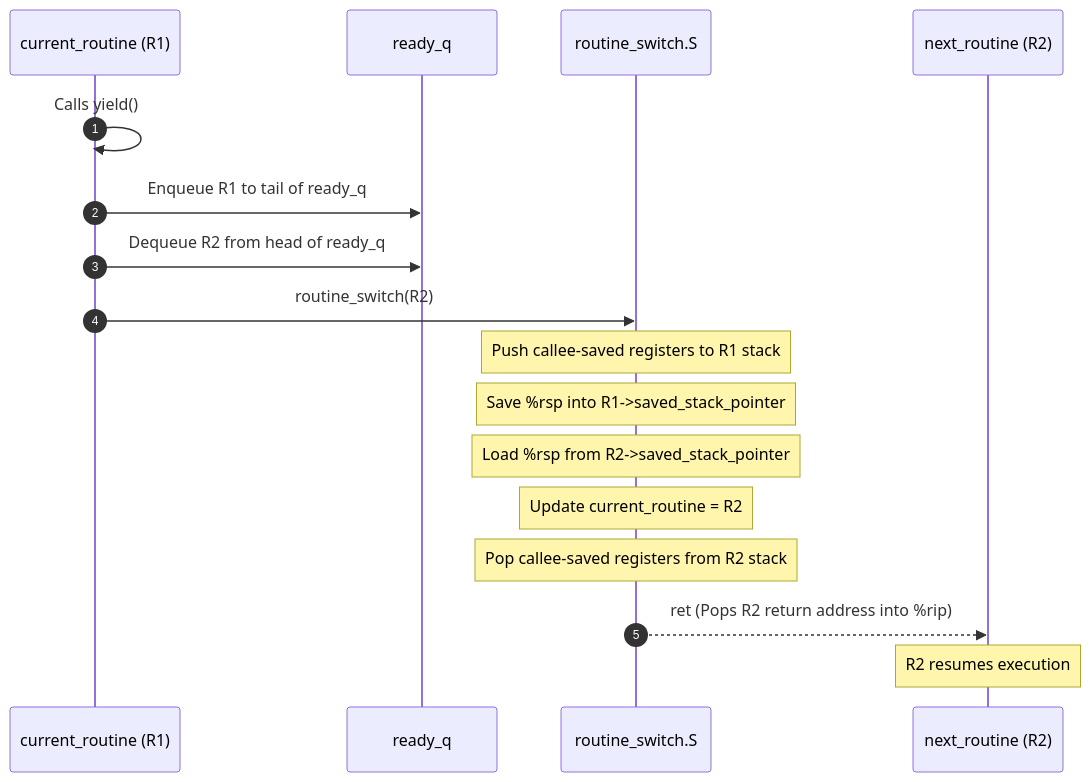
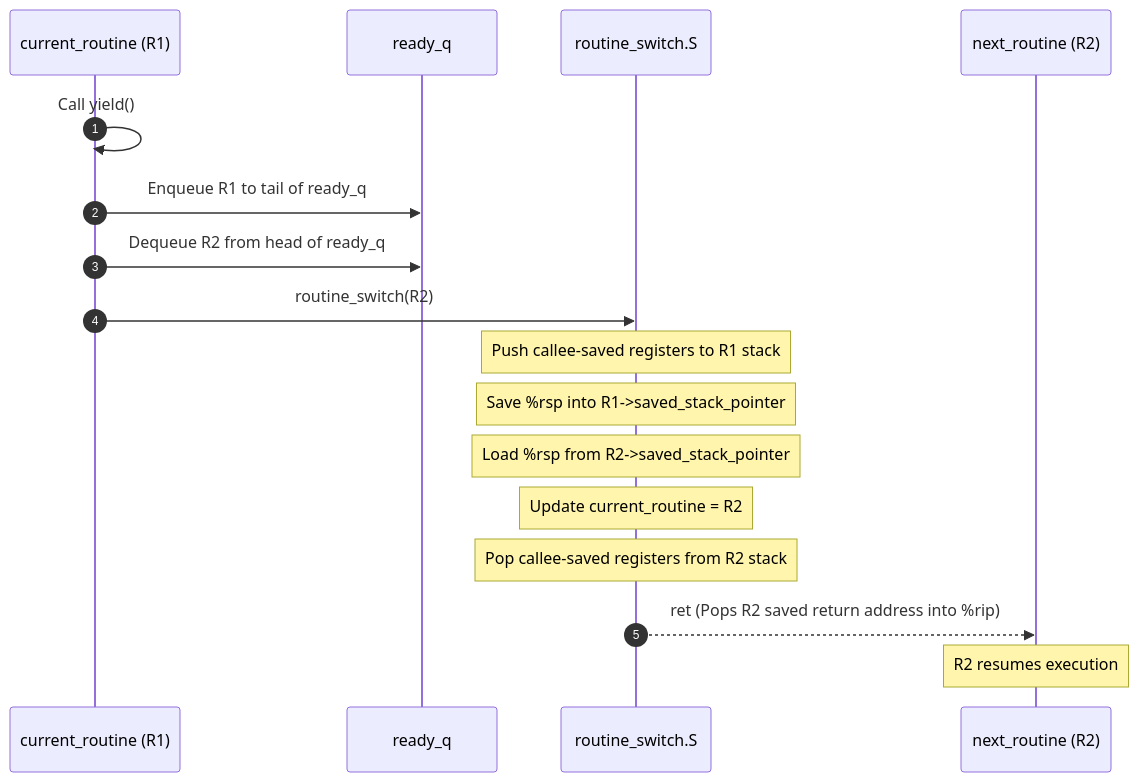
Before and after one commit to JTovalin10/uw-cse-notes: the second of 4 diagrams in Concurrency, Parallelism, and Rust/Coroutines.md, drawn with Mermaid. The commit also changed other lines of this file and 7 other files, not shown here.

````diff
--- a/Concurrency, Parallelism, and Rust/Coroutines.md
+++ b/Concurrency, Parallelism, and Rust/Coroutines.md
@@ -90,20 +125,20 @@
 ```mermaid
 sequenceDiagram
     autonumber
     participant C as current_routine (R1)
     participant Q as ready_q
     participant S as routine_switch.S
     participant N as next_routine (R2)
 
-    C->>C: Calls yield()
+    C->>C: Call yield()
     C->>Q: Enqueue R1 to tail of ready_q
     C->>Q: Dequeue R2 from head of ready_q
     C->>S: routine_switch(R2)
     Note over S: Push callee-saved registers to R1 stack
     Note over S: Save %rsp into R1->saved_stack_pointer
     Note over S: Load %rsp from R2->saved_stack_pointer
     Note over S: Update current_routine = R2
     Note over S: Pop callee-saved registers from R2 stack
-    S-->>N: ret (Pops R2 return address into %rip)
+    S-->>N: ret (Pops R2 saved return address into %rip)
     Note over N: R2 resumes execution
 ```
````
